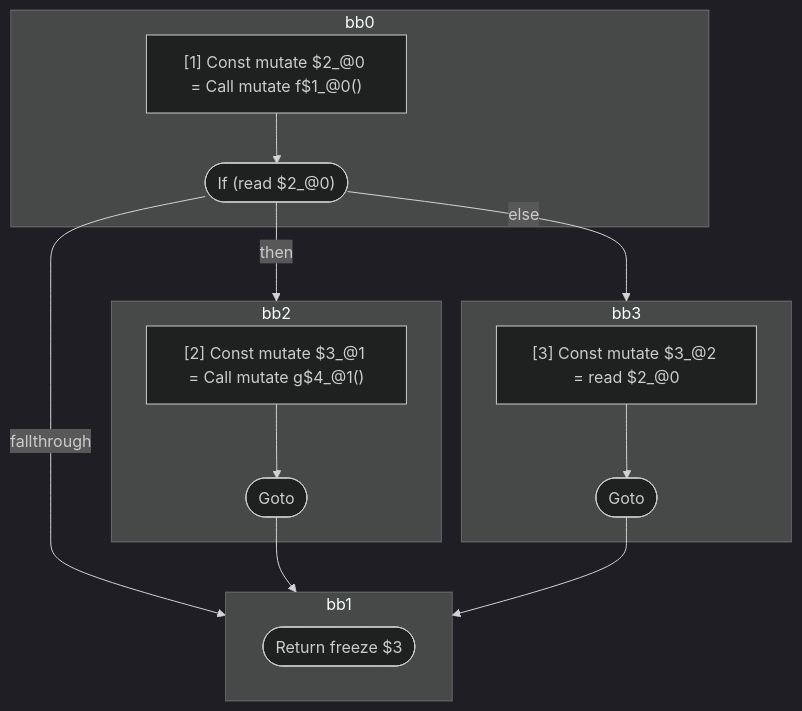
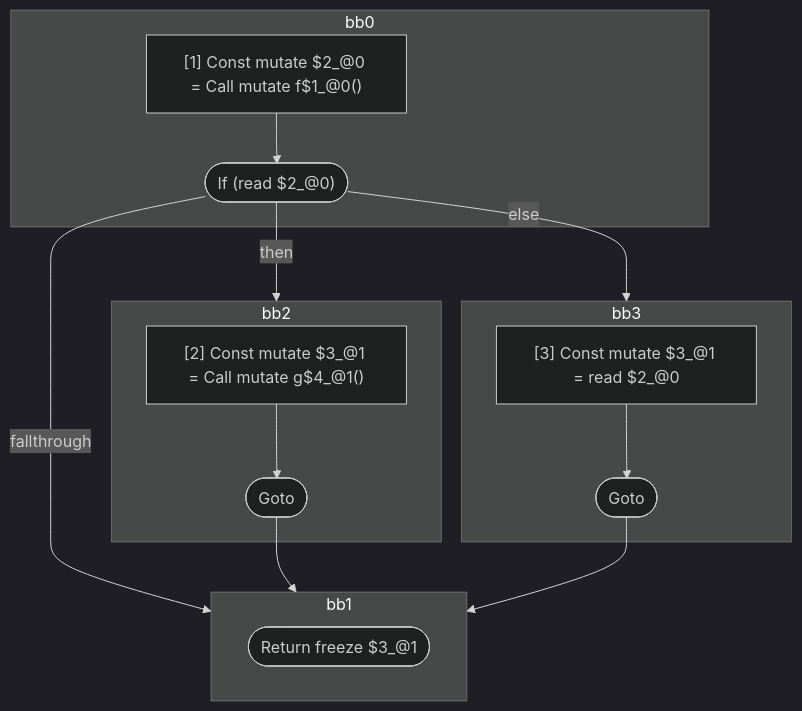
One commit to wutsmog/private changed the first of 5 diagrams in compiler/forget/src/__tests__/fixtures/hir/logical-expression.expect.md. Above: the diagram before and after it, drawn with Mermaid (dark theme). The commit also changed other lines of this file and 18 other files, not shown here.

````diff
--- a/compiler/forget/src/__tests__/fixtures/hir/logical-expression.expect.md
+++ b/compiler/forget/src/__tests__/fixtures/hir/logical-expression.expect.md
@@ -43,33 +43,33 @@
 ```mermaid
 flowchart TB
   %% Basic Blocks
   subgraph bb0
     bb0_instrs["
       [1] Const mutate $2_@0 = Call mutate f$1_@0()
     "]
     bb0_instrs --> bb0_terminal(["If (read $2_@0)"])
   end
   subgraph bb2
     bb2_instrs["
       [2] Const mutate $3_@1 = Call mutate g$4_@1()
     "]
     bb2_instrs --> bb2_terminal(["Goto"])
   end
   subgraph bb3
     bb3_instrs["
-      [3] Const mutate $3_@2 = read $2_@0
+      [3] Const mutate $3_@1 = read $2_@0
     "]
     bb3_instrs --> bb3_terminal(["Goto"])
   end
   subgraph bb1
-    bb1_terminal(["Return freeze $3"])
+    bb1_terminal(["Return freeze $3_@1"])
   end
 
   %% Jumps
   bb0_terminal -- then --> bb2
   bb0_terminal -- else --> bb3
   bb0_terminal -- fallthrough --> bb1
   bb2_terminal --> bb1
   bb3_terminal --> bb1
 
 ```
````
